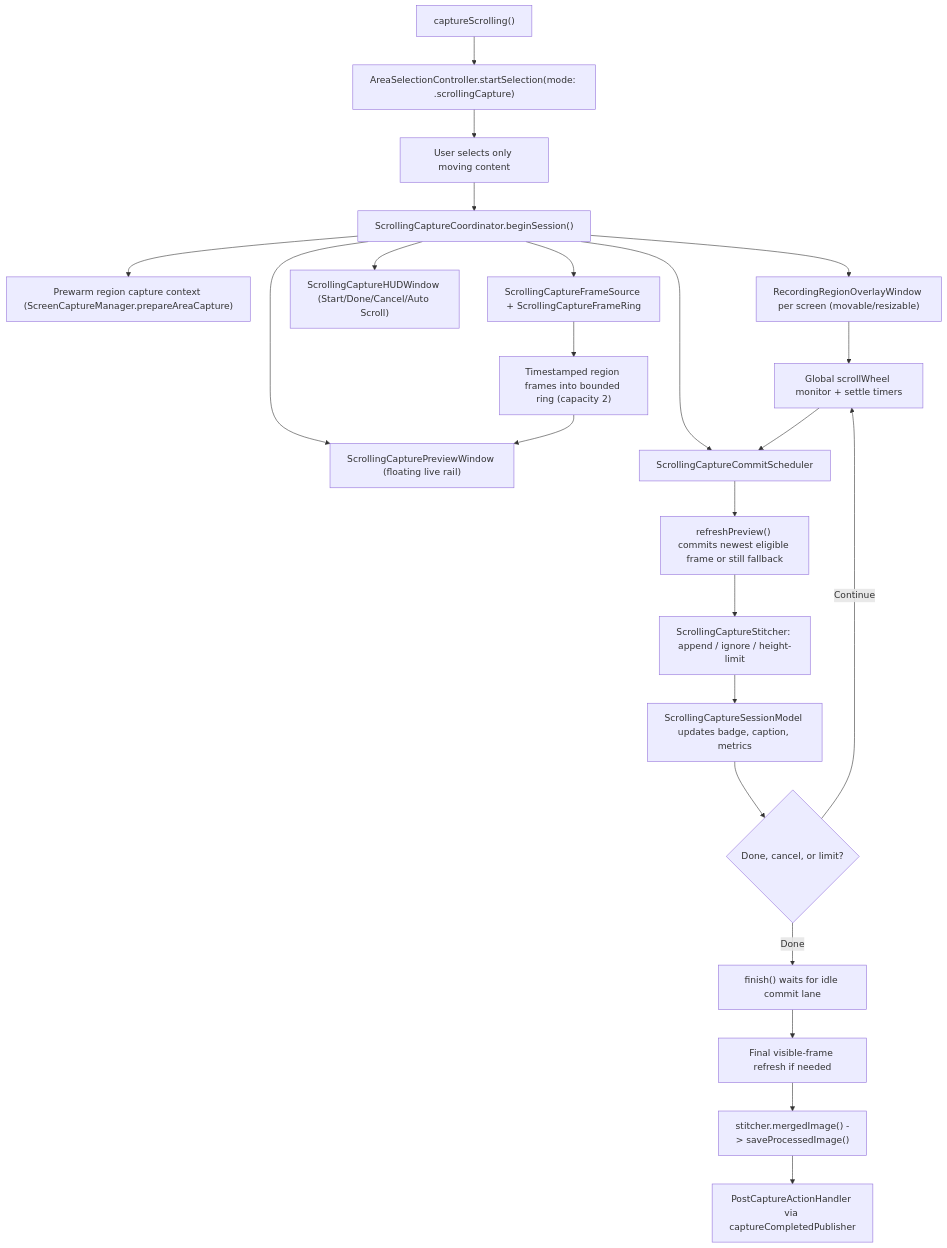
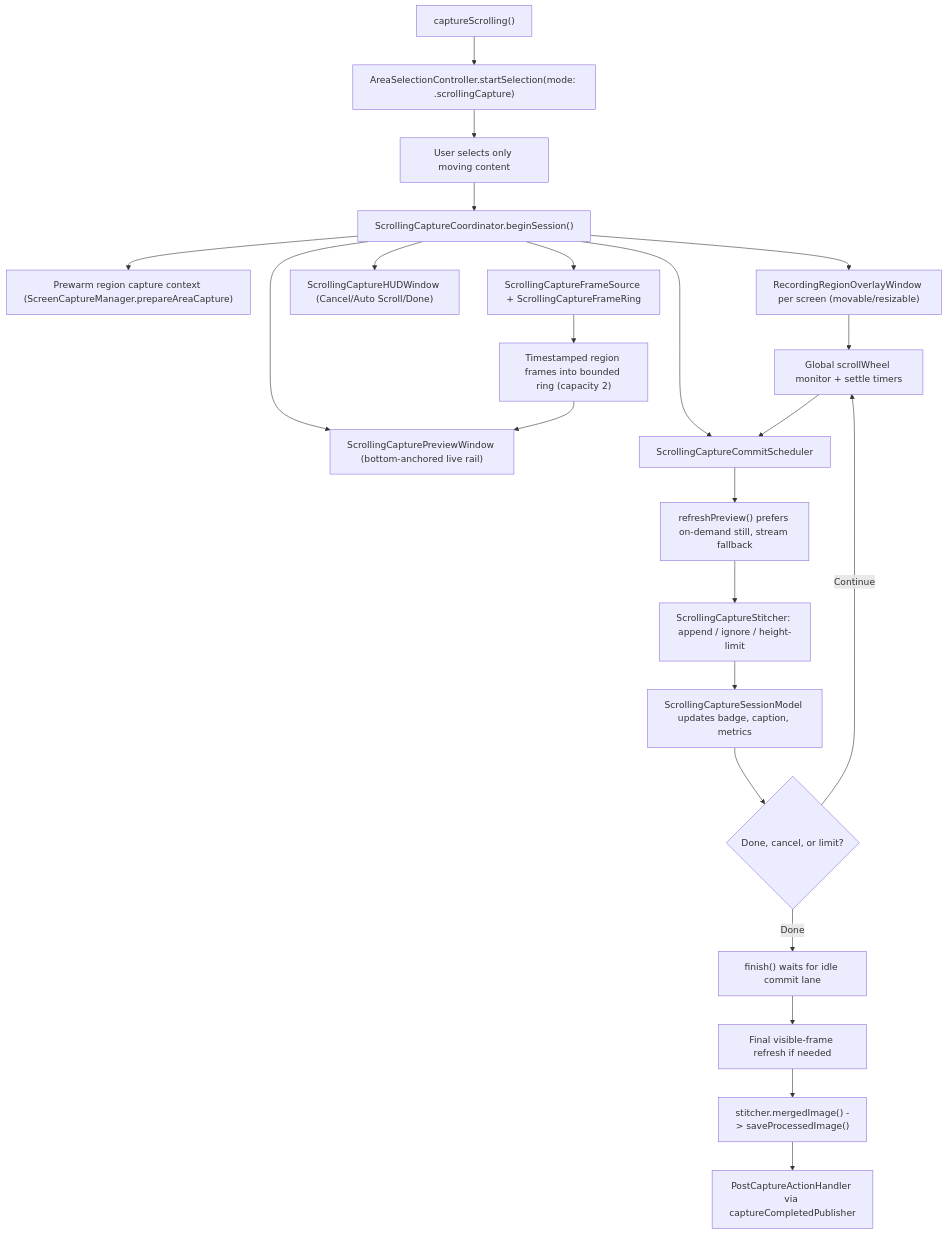
Before and after one commit to mourato/Cue: the diagram in docs/SCROLLING_CAPTURE.md, drawn with Mermaid. The commit also changed other lines of this file and 18 other files, not shown here.

First line of the commit message:
feat(scrolling-capture): macshot parity for streaming preview and auto-start

````diff
--- a/docs/SCROLLING_CAPTURE.md
+++ b/docs/SCROLLING_CAPTURE.md
@@ -17,29 +17,29 @@
 ```mermaid
 flowchart TD
     A["captureScrolling()"] --> B["AreaSelectionController.startSelection(mode: .scrollingCapture)"]
     B --> C["User selects only moving content"]
     C --> D["ScrollingCaptureCoordinator.beginSession()"]
 
     D --> E["Prewarm region capture context (ScreenCaptureManager.prepareAreaCapture)"]
     D --> F["RecordingRegionOverlayWindow per screen (movable/resizable)"]
-    D --> G["ScrollingCaptureHUDWindow (Start/Done/Cancel/Auto Scroll)"]
-    D --> H["ScrollingCapturePreviewWindow (floating live rail)"]
+    D --> G["ScrollingCaptureHUDWindow (Cancel/Auto Scroll/Done)"]
+    D --> H["ScrollingCapturePreviewWindow (bottom-anchored live rail)"]
     D --> I["ScrollingCaptureFrameSource + ScrollingCaptureFrameRing"]
     D --> J["ScrollingCaptureCommitScheduler"]
 
     I --> I1["Timestamped region frames into bounded ring (capacity 2)"]
     I1 --> H
 
     F --> K["Global scrollWheel monitor + settle timers"]
     K --> J
-    J --> L["refreshPreview() commits newest eligible frame or still fallback"]
+    J --> L["refreshPreview() prefers on-demand still, stream fallback"]
     L --> M["ScrollingCaptureStitcher: append / ignore / height-limit"]
     M --> N["ScrollingCaptureSessionModel updates badge, caption, metrics"]
 
     N --> O{"Done, cancel, or limit?"}
     O -->|Continue| K
     O -->|Done| P["finish() waits for idle commit lane"]
     P --> Q["Final visible-frame refresh if needed"]
     Q --> R["stitcher.mergedImage() -> saveProcessedImage()"]
     R --> S["PostCaptureActionHandler via captureCompletedPublisher"]
 ```
````
